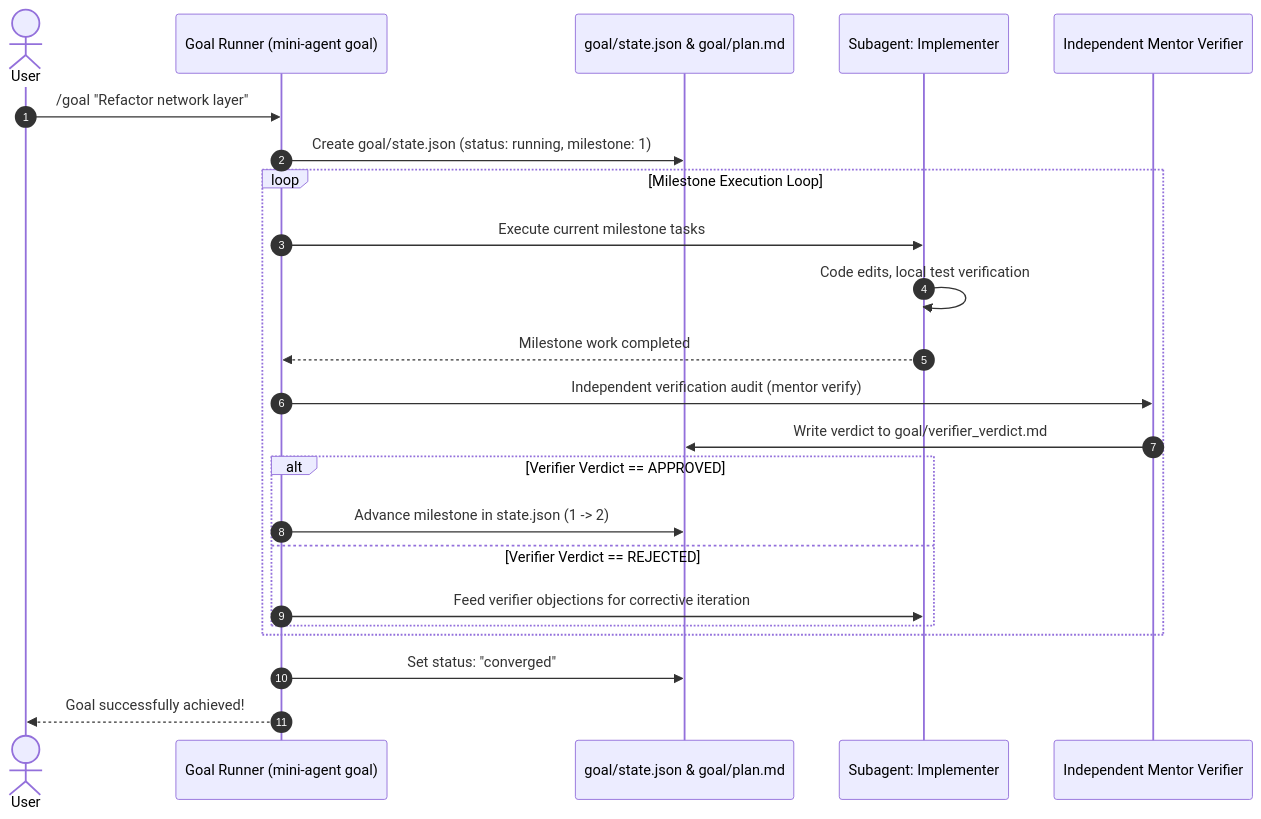
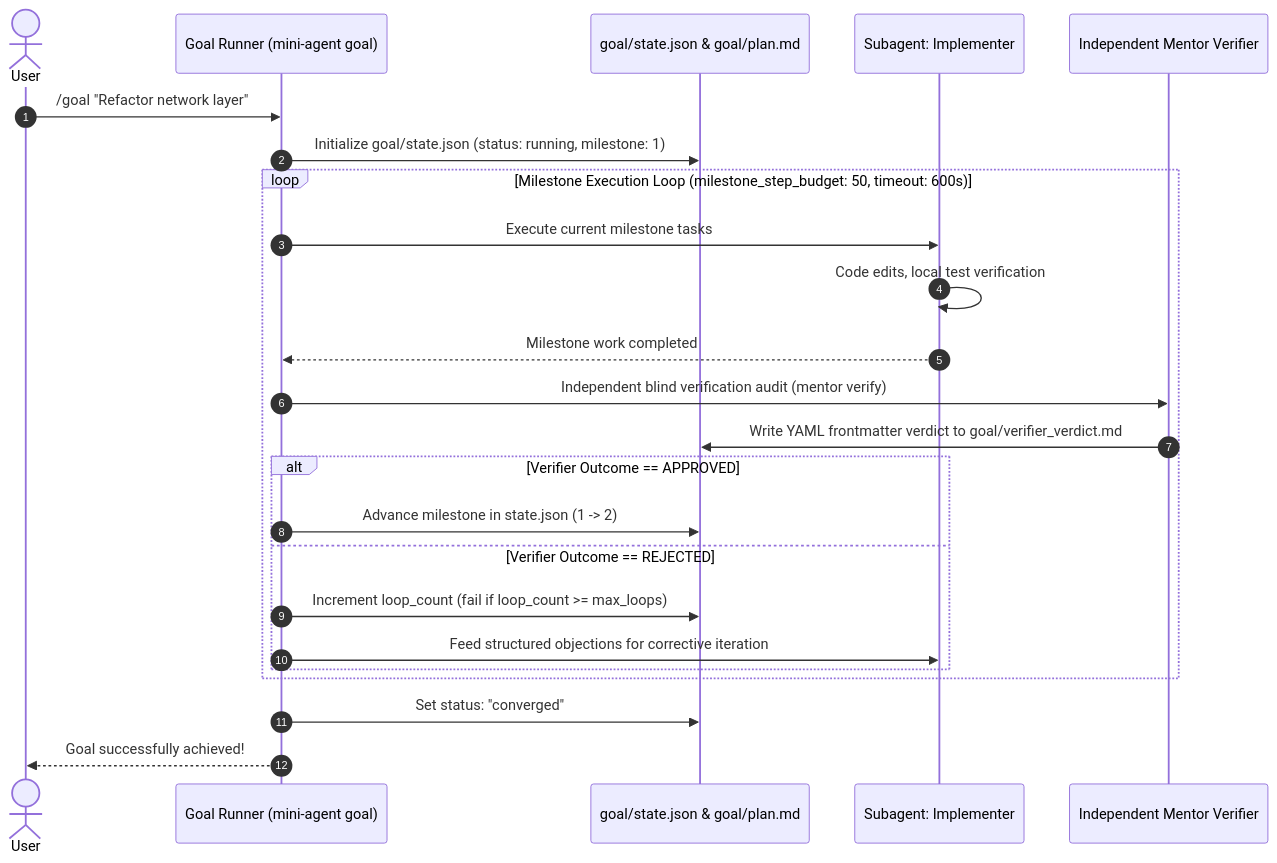
One commit to civaapple-alt/mini-agent-harness changed the second of 2 diagrams in .agents/notes/implemented/architecture/2026-08-27-goal-and-plan-subsystem-architecture.md. Above: the diagram before and after it, drawn with Mermaid. The commit also changed other lines of this file and 1 other file, not shown here.

Commit message:
fix(goal): address architecture review items on plan whitelisting, verifier schema, and state recovery

````diff
--- a/.agents/notes/implemented/architecture/2026-08-27-goal-and-plan-subsystem-architecture.md
+++ b/.agents/notes/implemented/architecture/2026-08-27-goal-and-plan-subsystem-architecture.md
@@ -109,30 +96,31 @@
 ```mermaid
 sequenceDiagram
     autonumber
     actor User as User
     participant Harness as Goal Runner (mini-agent goal)
     participant GoalStore as goal/state.json & goal/plan.md
     participant Worker as Subagent: Implementer
     participant Verifier as Independent Mentor Verifier
 
     User->>Harness: /goal "Refactor network layer"
-    Harness->>GoalStore: Create goal/state.json (status: running, milestone: 1)
+    Harness->>GoalStore: Initialize goal/state.json (status: running, milestone: 1)
     
-    loop Milestone Execution Loop
+    loop Milestone Execution Loop (milestone_step_budget: 50, timeout: 600s)
         Harness->>Worker: Execute current milestone tasks
         Worker->>Worker: Code edits, local test verification
         Worker-->>Harness: Milestone work completed
         
-        Harness->>Verifier: Independent verification audit (mentor verify)
-        Verifier->>GoalStore: Write verdict to goal/verifier_verdict.md
+        Harness->>Verifier: Independent blind verification audit (mentor verify)
+        Verifier->>GoalStore: Write YAML frontmatter verdict to goal/verifier_verdict.md
         
-        alt Verifier Verdict == APPROVED
+        alt Verifier Outcome == APPROVED
             Harness->>GoalStore: Advance milestone in state.json (1 -> 2)
-        else Verifier Verdict == REJECTED
-            Harness->>Worker: Feed verifier objections for corrective iteration
+        else Verifier Outcome == REJECTED
+            Harness->>GoalStore: Increment loop_count (fail if loop_count >= max_loops)
+            Harness->>Worker: Feed structured objections for corrective iteration
         end
     end
     
     Harness->>GoalStore: Set status: "converged"
     Harness-->>User: Goal successfully achieved!
 ```
````
